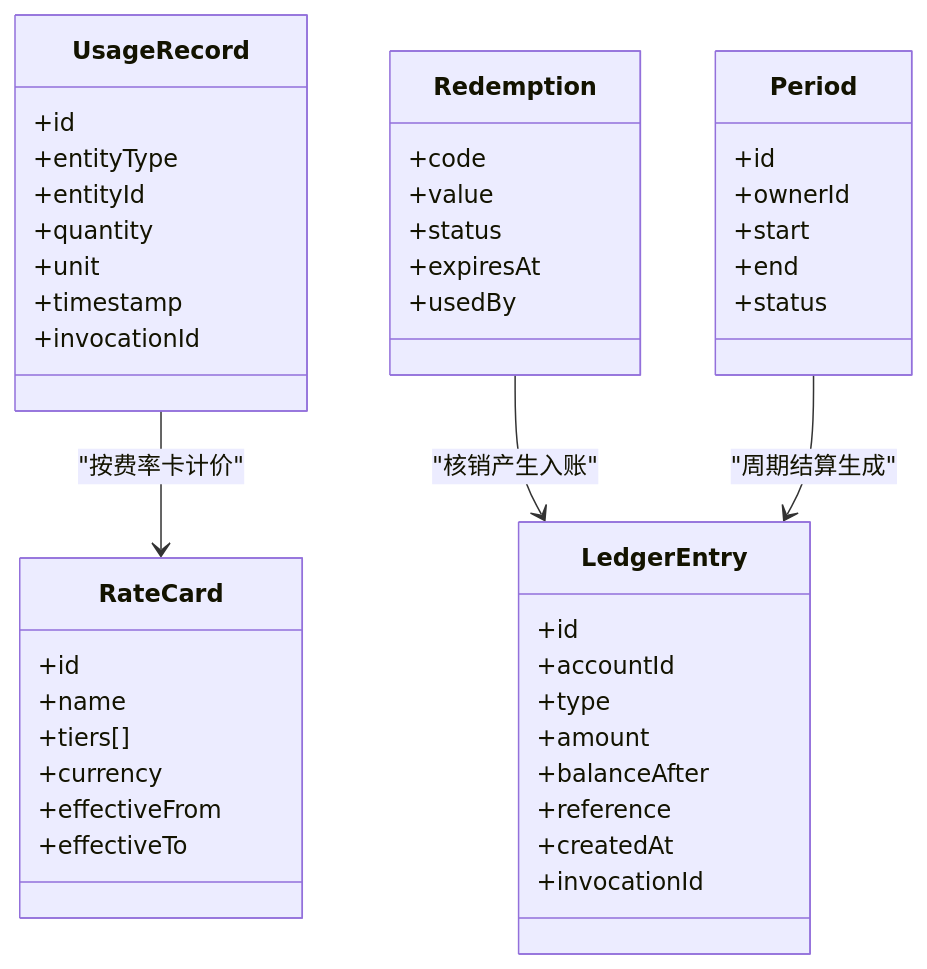
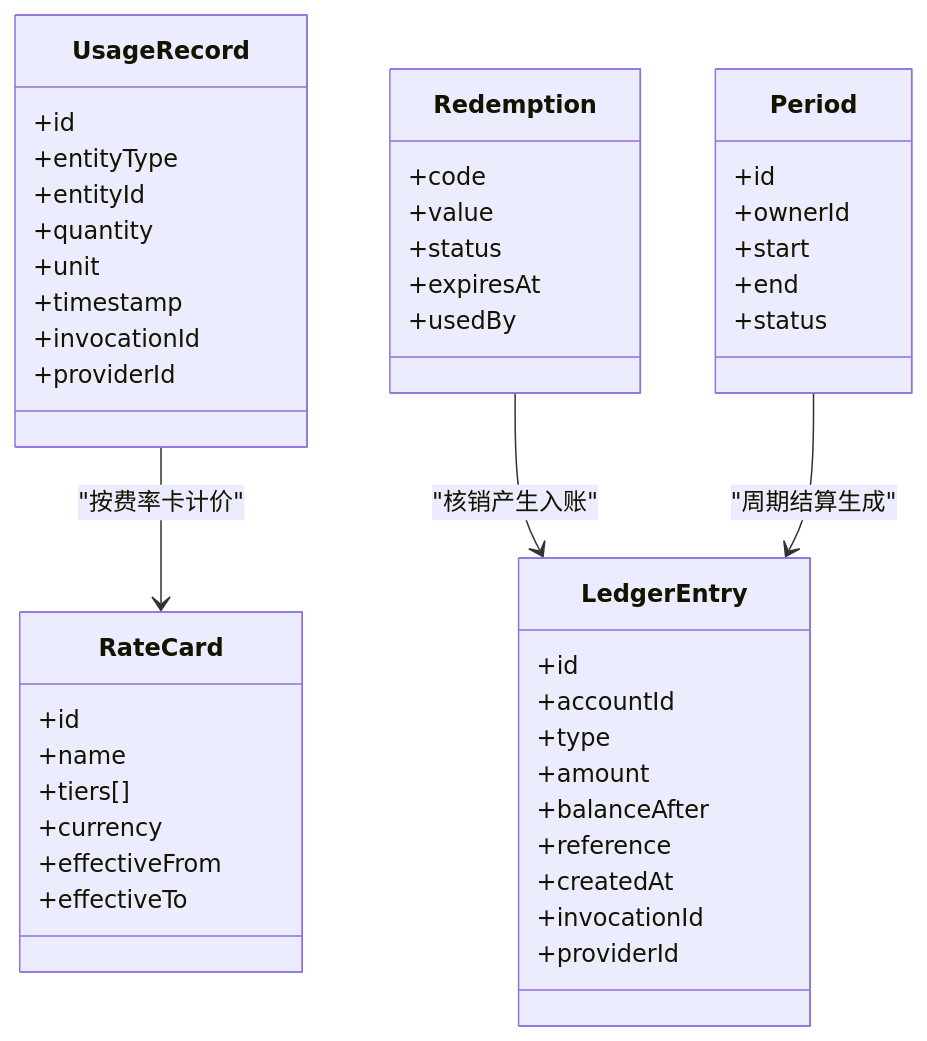
One commit to scottcwy/PurpleInk changed the eighth of 16 diagrams in .qoder/repowiki/zh/content/项目概述/计费配置/计费和会计账簿系统.md. Above: the diagram before and after it, drawn with Mermaid. The commit also changed other lines of this file and 37 other files, not shown here.

````diff
--- a/.qoder/repowiki/zh/content/项目概述/计费配置/计费和会计账簿系统.md
+++ b/.qoder/repowiki/zh/content/项目概述/计费配置/计费和会计账簿系统.md
@@ -332,47 +422,49 @@
 ```mermaid
 classDiagram
 class UsageRecord {
 +id
 +entityType
 +entityId
 +quantity
 +unit
 +timestamp
 +invocationId
++providerId
 }
 class RateCard {
 +id
 +name
 +tiers[]
 +currency
 +effectiveFrom
 +effectiveTo
 }
 class Redemption {
 +code
 +value
 +status
 +expiresAt
 +usedBy
 }
 class Period {
 +id
 +ownerId
 +start
 +end
 +status
 }
 class LedgerEntry {
 +id
 +accountId
 +type
 +amount
 +balanceAfter
 +reference
 +createdAt
 +invocationId
++providerId
 }
 UsageRecord --> RateCard : "按费率卡计价"
 Redemption --> LedgerEntry : "核销产生入账"
 Period --> LedgerEntry : "周期结算生成"
 ```
````
